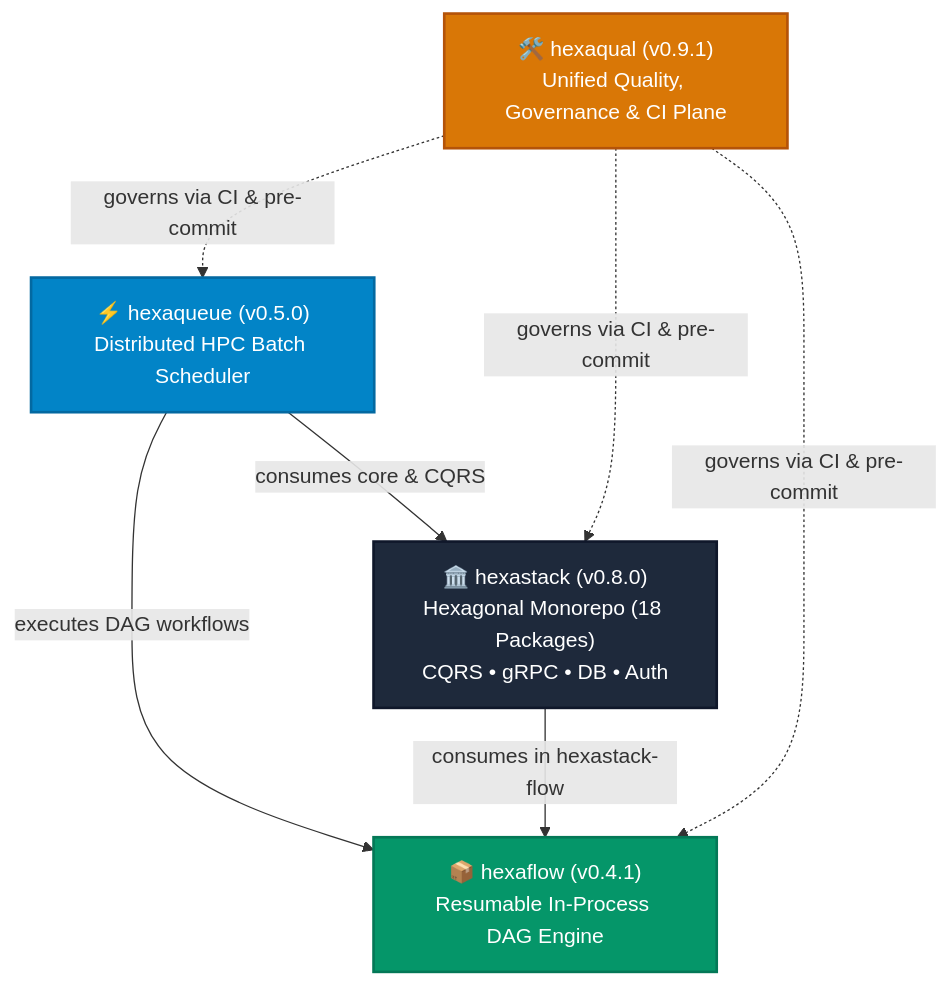
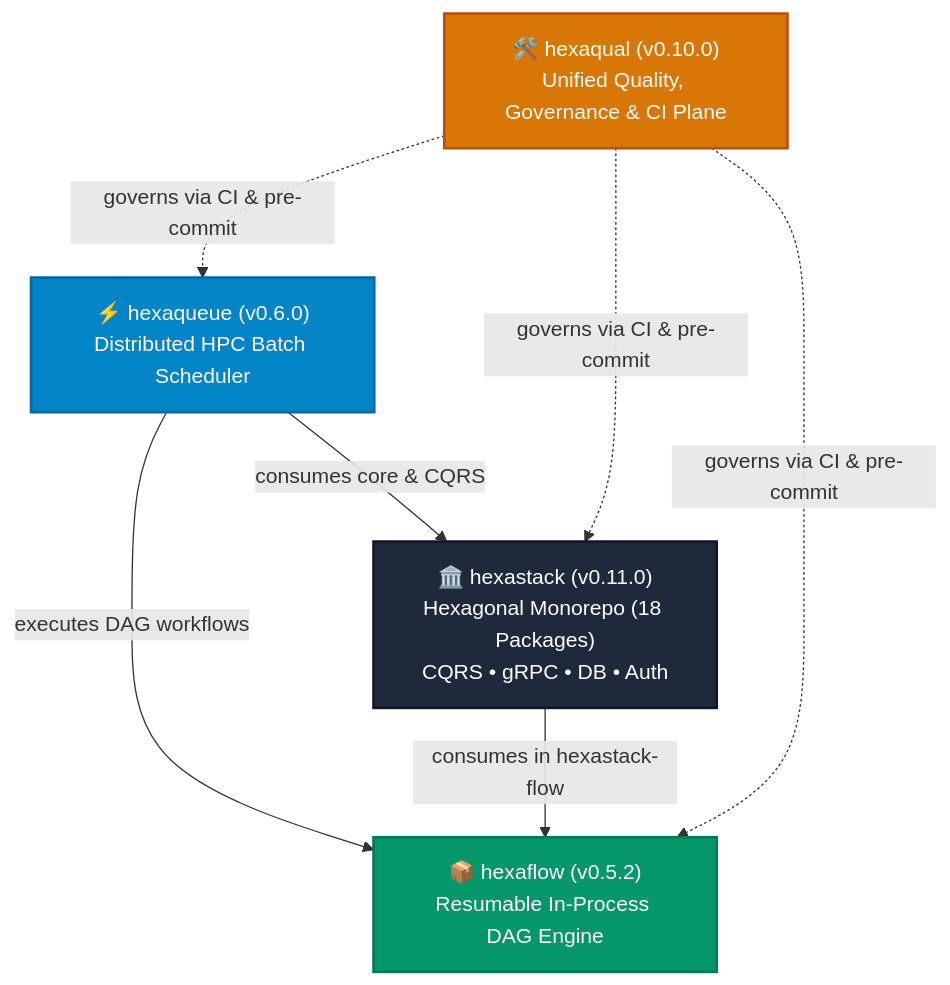
One commit to TheTrueSCU/hexaqueue changed the first of 2 diagrams in docs/ecosystem.md. Above: the diagram before and after it, drawn with Mermaid. The commit also changed other lines of this file and 21 other files, not shown here.

Commit message:
chore(release): bump version to v0.6.0 and update ecosystem architecture documentation

````diff
--- a/docs/ecosystem.md
+++ b/docs/ecosystem.md
@@ -9,19 +9,19 @@
 ```mermaid
 graph TD
     classDef hq fill:#0284c7,stroke:#0369a1,stroke-width:2px,color:#ffffff;
     classDef hs fill:#1e293b,stroke:#0f172a,stroke-width:2px,color:#ffffff;
     classDef hf fill:#059669,stroke:#047857,stroke-width:2px,color:#ffffff;
     classDef hqual fill:#d97706,stroke:#b45309,stroke-width:2px,color:#ffffff;
 
-    HQ["⚡ hexaqueue (v0.5.0)<br/>Distributed HPC Batch Scheduler"]:::hq
-    HS["🏛️ hexastack (v0.8.0)<br/>Hexagonal Monorepo (18 Packages)<br/>CQRS • gRPC • DB • Auth"]:::hs
-    HF["📦 hexaflow (v0.4.1)<br/>Resumable In-Process DAG Engine"]:::hf
-    HQUAL["🛠️ hexaqual (v0.9.1)<br/>Unified Quality, Governance & CI Plane"]:::hqual
+    HQ["⚡ hexaqueue (v0.6.0)<br/>Distributed HPC Batch Scheduler"]:::hq
+    HS["🏛️ hexastack (v0.11.0)<br/>Hexagonal Monorepo (18 Packages)<br/>CQRS • gRPC • DB • Auth"]:::hs
+    HF["📦 hexaflow (v0.5.2)<br/>Resumable In-Process DAG Engine"]:::hf
+    HQUAL["🛠️ hexaqual (v0.10.0)<br/>Unified Quality, Governance & CI Plane"]:::hqual
 
     HQ -->|"consumes core & CQRS"| HS
     HQ -->|"executes DAG workflows"| HF
     HS -->|"consumes in hexastack-flow"| HF
     HQUAL -. "governs via CI & pre-commit" .-> HQ
     HQUAL -. "governs via CI & pre-commit" .-> HS
     HQUAL -. "governs via CI & pre-commit" .-> HF
 ```
````
